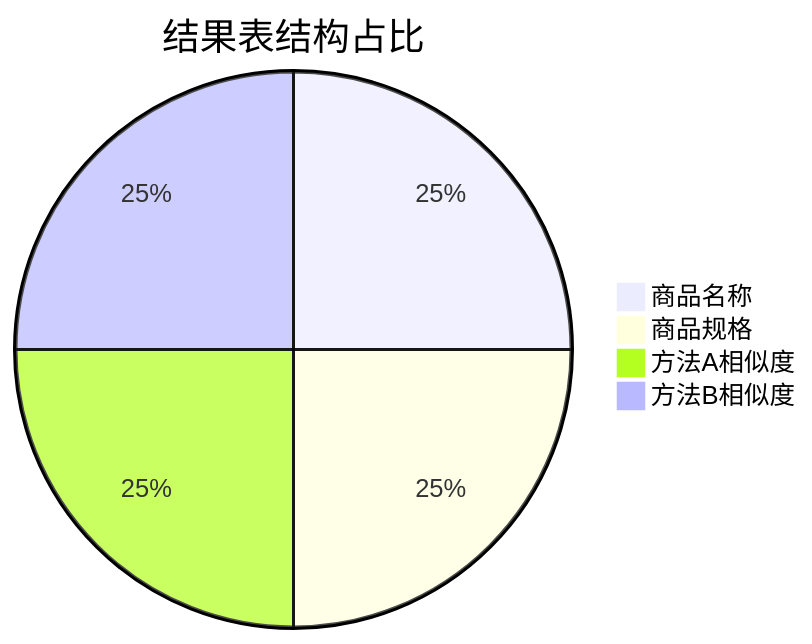
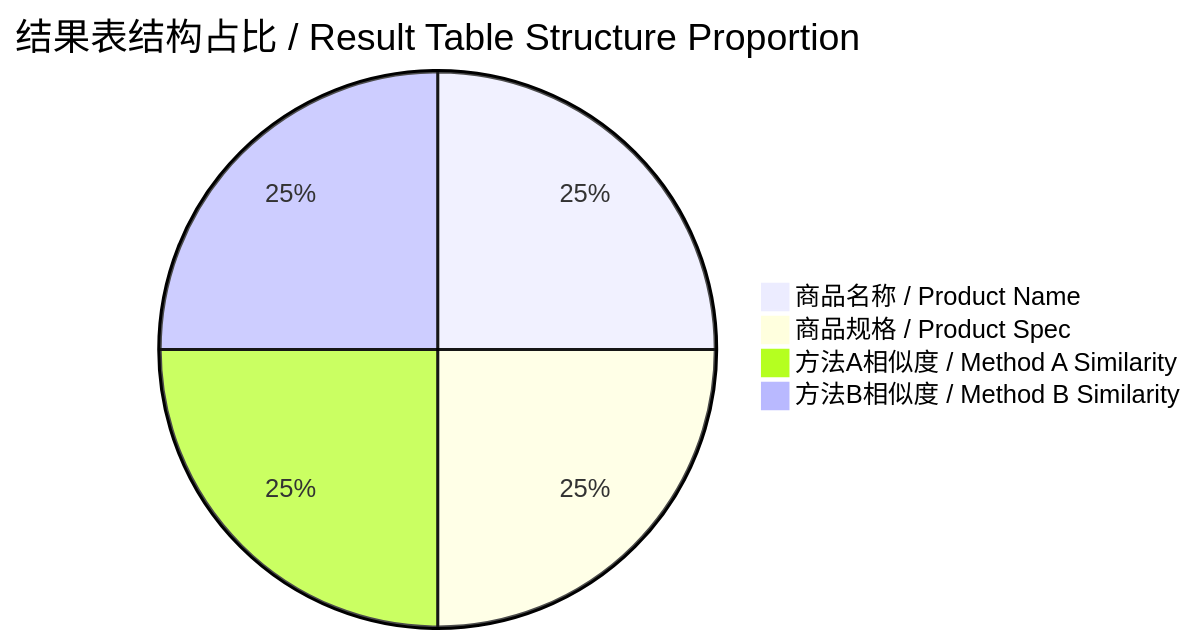
One commit to 041008Ashley/2025-ProductTitleMatchingAnalysis changed the fourth of 10 diagrams in README.md. Above: the diagram before and after it, drawn with Mermaid. The commit also changed other lines of this file, not shown here.

````diff
--- a/README.md
+++ b/README.md
@@ -80,8 +76,8 @@
 ```mermaid
 pie
-    title 结果表结构占比
-    "商品名称" : 25
-    "商品规格" : 25
-    "方法A相似度" : 25
-    "方法B相似度" : 25
+    title 结果表结构占比 / Result Table Structure Proportion
+    "商品名称 / Product Name" : 25
+    "商品规格 / Product Spec" : 25
+    "方法A相似度 / Method A Similarity" : 25
+    "方法B相似度 / Method B Similarity" : 25
 ```
````
